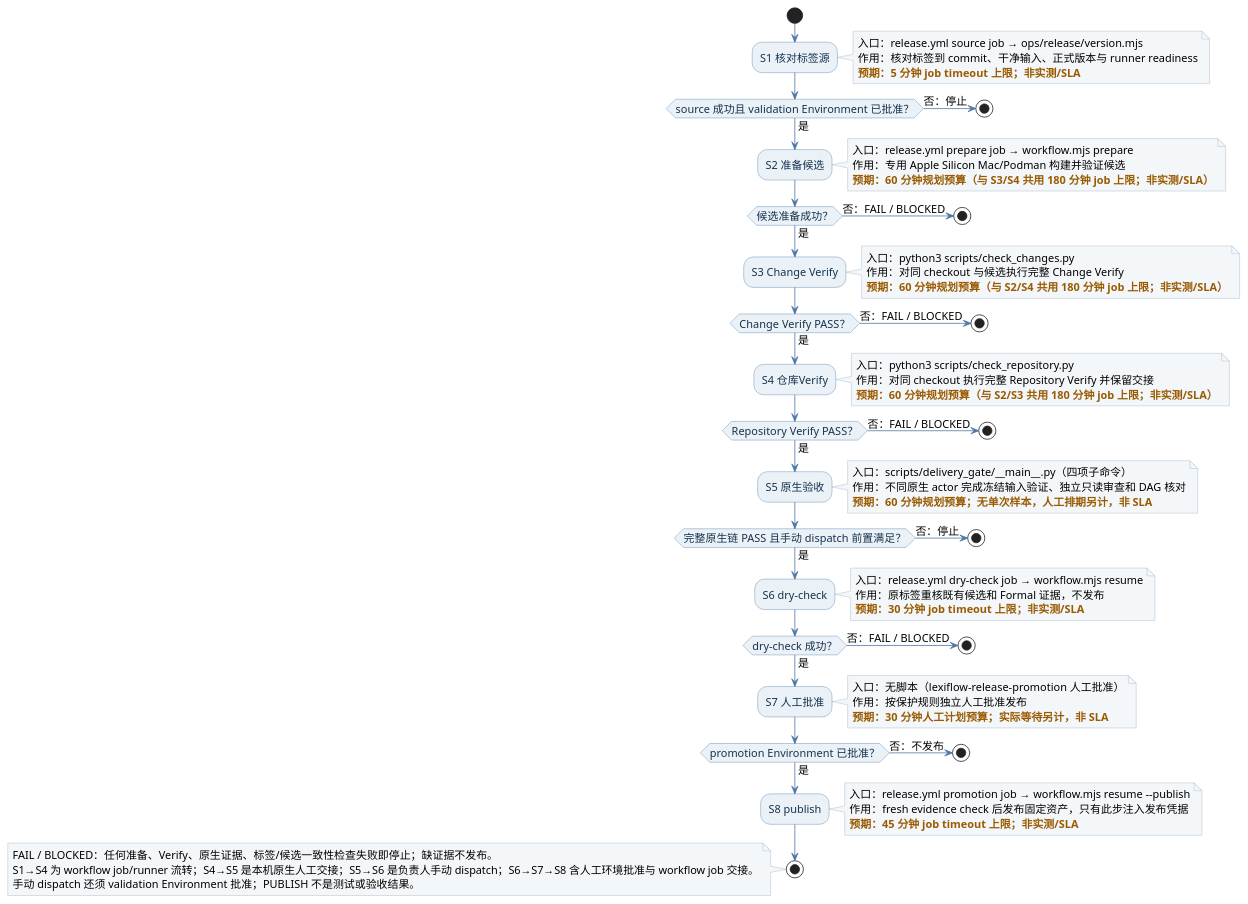
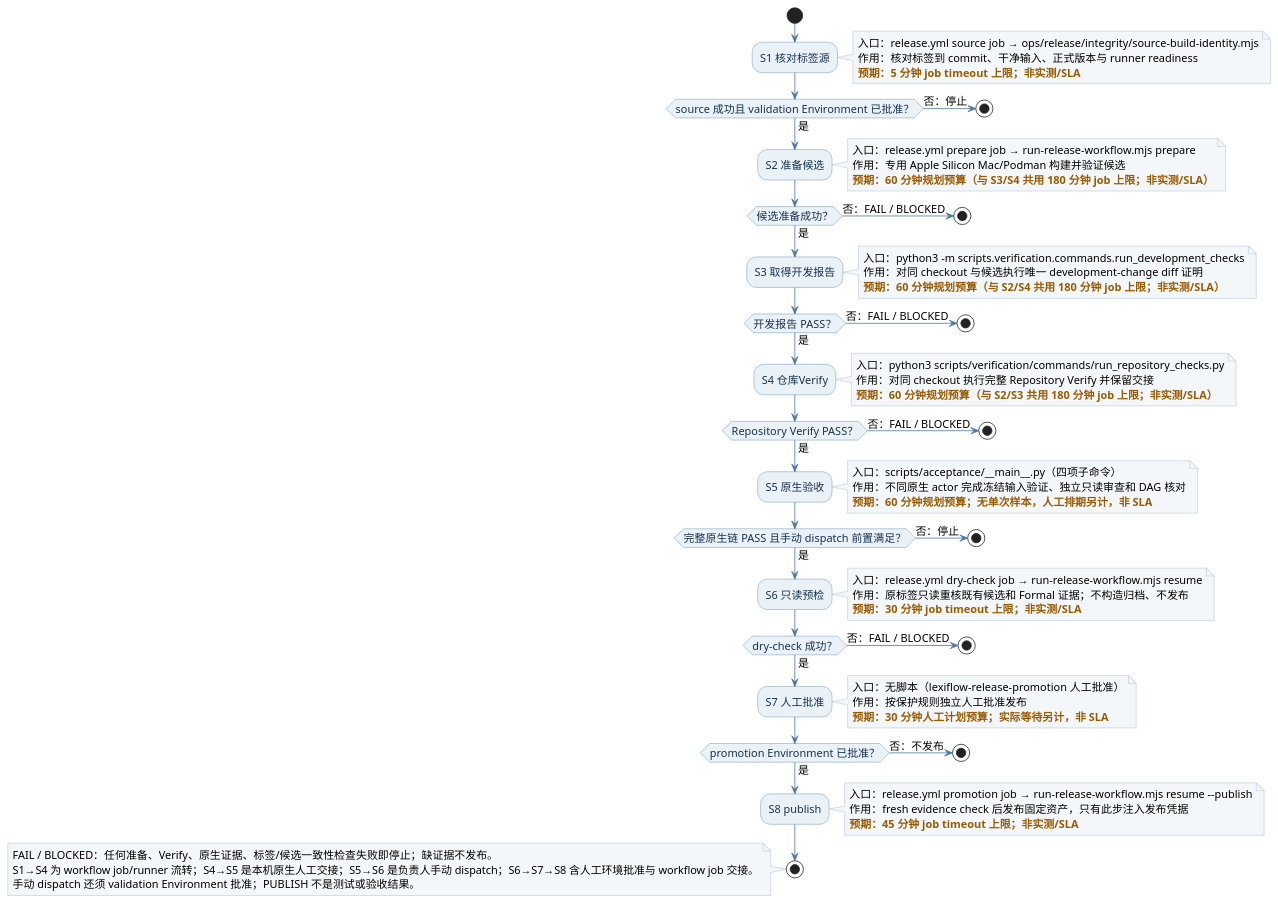
One commit to iampkuhz/lexiflow changed the second of 2 diagrams in docs/scenarios/github-actions.md. Above: the diagram before and after it, drawn with PlantUML. The commit also changed other lines of this file and 493 other files, not shown here.

```diff
--- a/docs/scenarios/github-actions.md
+++ b/docs/scenarios/github-actions.md
@@ -149,7 +151,7 @@
 start
 :S1 核对标签源;
 note right
-入口：release.yml source job → ops/release/version.mjs
+入口：release.yml source job → ops/release/integrity/source-build-identity.mjs
 作用：核对标签到 commit、干净输入、正式版本与 runner readiness
 <color:#995A00><b>预期：5 分钟 job timeout 上限；非实测/SLA</b></color>
 end note
@@ -159,7 +161,7 @@
 endif
 :S2 准备候选;
 note right
-入口：release.yml prepare job → workflow.mjs prepare
+入口<U+FF1A>release<U+002E>yml prepare job <U+2192> run<U+002D>release<U+002D>workflow<U+002E>mjs prepare
 作用：专用 Apple Silicon Mac/Podman 构建并验证候选
 <color:#995A00><b>预期：60 分钟规划预算（与 S3/S4 共用 180 分钟 job 上限；非实测/SLA）</b></color>
 end note
@@ -167,19 +169,19 @@
 else (否：FAIL / BLOCKED)
 stop
 endif
-:S3 Change Verify;
+:S3 取得开发报告;
 note right
-入口：python3 scripts/check_changes.py
-作用：对同 checkout 与候选执行完整 Change Verify
+入口：python3 -m scripts.verification.commands.run_development_checks
+作用：对同 checkout 与候选执行唯一 development-change diff 证明
 <color:#995A00><b>预期：60 分钟规划预算（与 S2/S4 共用 180 分钟 job 上限；非实测/SLA）</b></color>
 end note
-if (Change Verify PASS？) then (是)
+if (开发报告 PASS？) then (是)
 else (否：FAIL / BLOCKED)
 stop
 endif
 :S4 仓库Verify;
 note right
-入口：python3 scripts/check_repository.py
+入口：python3 scripts/verification/commands/run_repository_checks.py
 作用：对同 checkout 执行完整 Repository Verify 并保留交接
 <color:#995A00><b>预期：60 分钟规划预算（与 S2/S3 共用 180 分钟 job 上限；非实测/SLA）</b></color>
 end note
@@ -189,7 +191,7 @@
 endif
 :S5 原生验收;
 note right
-入口：scripts/delivery_gate/~_~_main~_~_.py（四项子命令）
+入口：scripts/acceptance/~_~_main~_~_.py（四项子命令）
 作用：不同原生 actor 完成冻结输入验证、独立只读审查和 DAG 核对
 <color:#995A00><b>预期：60 分钟规划预算；无单次样本，人工排期另计，非 SLA</b></color>
 end note
@@ -197,10 +199,10 @@
 else (否：停止)
 stop
 endif
-:S6 dry-check;
+:S6 只读预检;
 note right
-入口：release.yml dry-check job → workflow.mjs resume
-作用：原标签重核既有候选和 Formal 证据，不发布
+入口<U+FF1A>release<U+002E>yml dry<U+002D>check job <U+2192> run<U+002D>release<U+002D>workflow<U+002E>mjs resume
+作用：原标签只读重核既有候选和 Formal 证据；不构造归档、不发布
 <color:#995A00><b>预期：30 分钟 job timeout 上限；非实测/SLA</b></color>
 end note
 if (dry-check 成功？) then (是)
@@ -219,7 +221,7 @@
 endif
 :S8 publish;
 note right
-入口：release.yml promotion job → workflow.mjs resume --publish
+入口<U+FF1A>release<U+002E>yml promotion job <U+2192> run<U+002D>release<U+002D>workflow<U+002E>mjs resume <U+002D><U+002D>publish
 作用：fresh evidence check 后发布固定资产，只有此步注入发布凭据
 <color:#995A00><b>预期：45 分钟 job timeout 上限；非实测/SLA</b></color>
 end note
```
